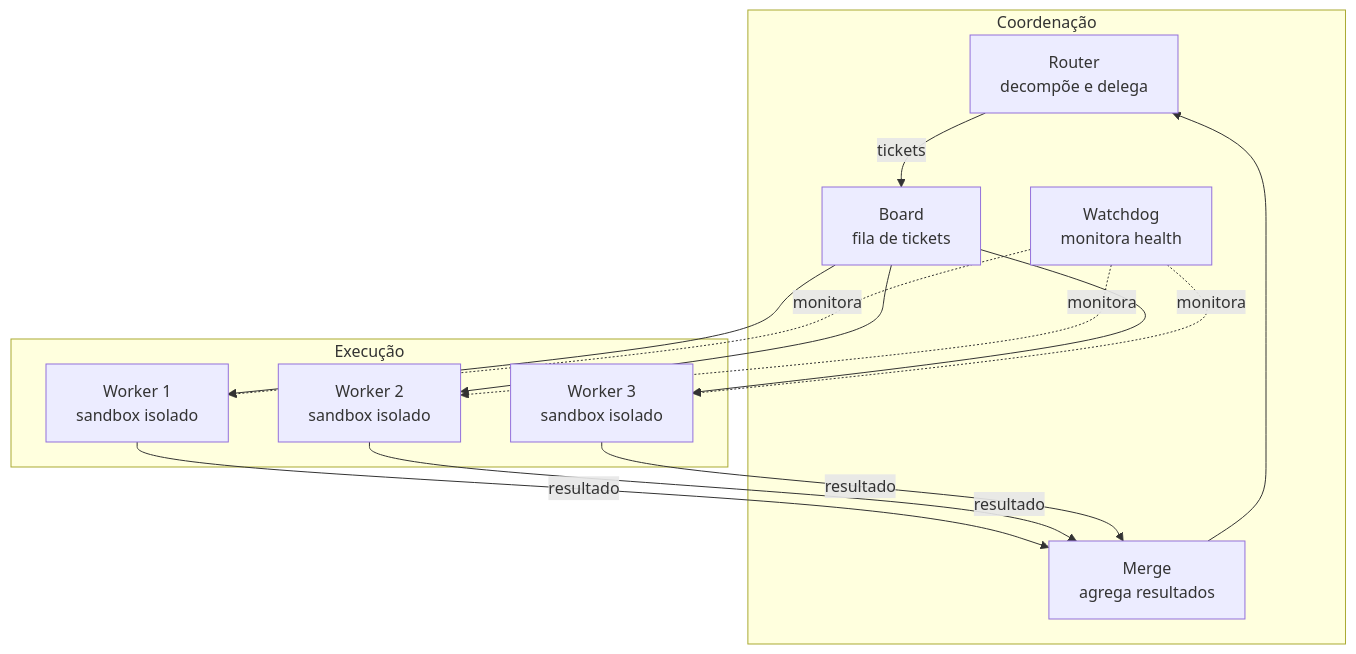
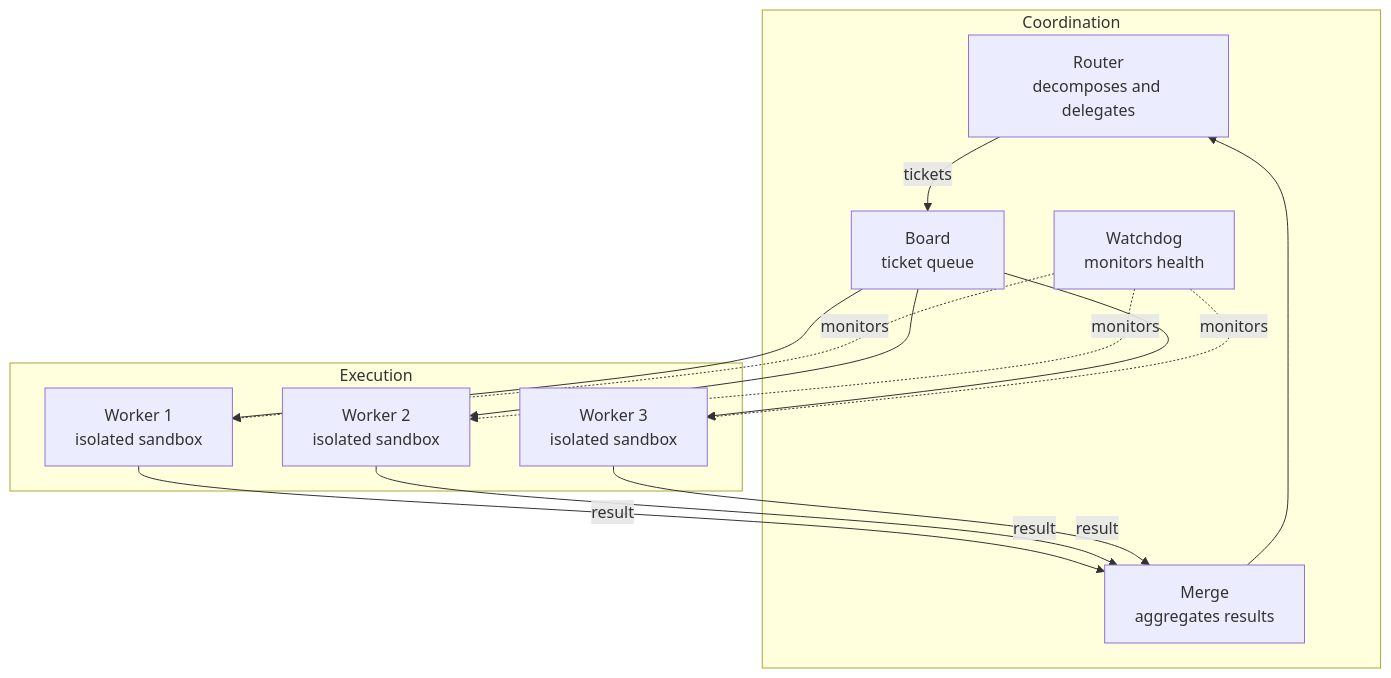
One commit to leonardo-moraes360/toolbelt changed diagram 12 of 17 in docs/arquitetura.md. Above: the diagram before and after it, drawn with Mermaid. The commit also changed other lines of this file and 9 other files, not shown here.

````diff
--- a/docs/arquitetura.md
+++ b/docs/arquitetura.md
@@ -735,27 +735,27 @@
 ```mermaid
 graph TB
-    subgraph "Coordenação"
-        ROUTER[Router<br/>decompõe e delega]
-        BOARD[Board<br/>fila de tickets]
-        WATCHDOG[Watchdog<br/>monitora health]
-        MERGE[Merge<br/>agrega resultados]
+    subgraph "Coordination"
+        ROUTER[Router<br/>decomposes and delegates]
+        BOARD[Board<br/>ticket queue]
+        WATCHDOG[Watchdog<br/>monitors health]
+        MERGE[Merge<br/>aggregates results]
     end
 
-    subgraph "Execução"
-        W1[Worker 1<br/>sandbox isolado]
-        W2[Worker 2<br/>sandbox isolado]
-        W3[Worker 3<br/>sandbox isolado]
+    subgraph "Execution"
+        W1[Worker 1<br/>isolated sandbox]
+        W2[Worker 2<br/>isolated sandbox]
+        W3[Worker 3<br/>isolated sandbox]
     end
 
     ROUTER --> |tickets| BOARD
     BOARD --> W1
     BOARD --> W2
     BOARD --> W3
-    W1 --> |resultado| MERGE
-    W2 --> |resultado| MERGE
-    W3 --> |resultado| MERGE
-    WATCHDOG -.-> |monitora| W1
-    WATCHDOG -.-> |monitora| W2
-    WATCHDOG -.-> |monitora| W3
+    W1 --> |result| MERGE
+    W2 --> |result| MERGE
+    W3 --> |result| MERGE
+    WATCHDOG -.-> |monitors| W1
+    WATCHDOG -.-> |monitors| W2
+    WATCHDOG -.-> |monitors| W3
     MERGE --> ROUTER
 ```
````
